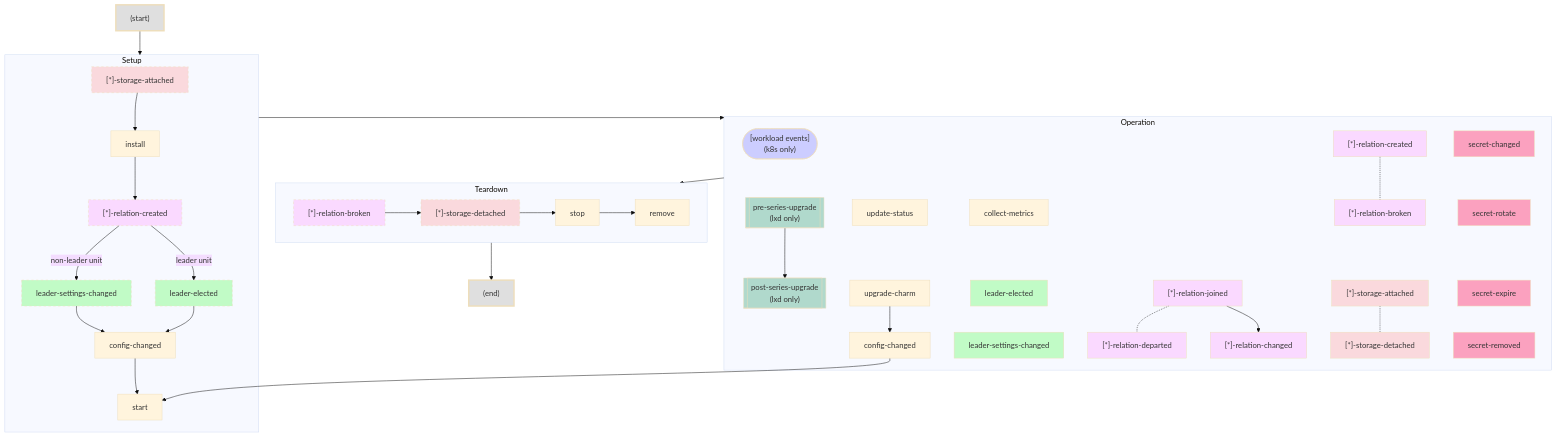
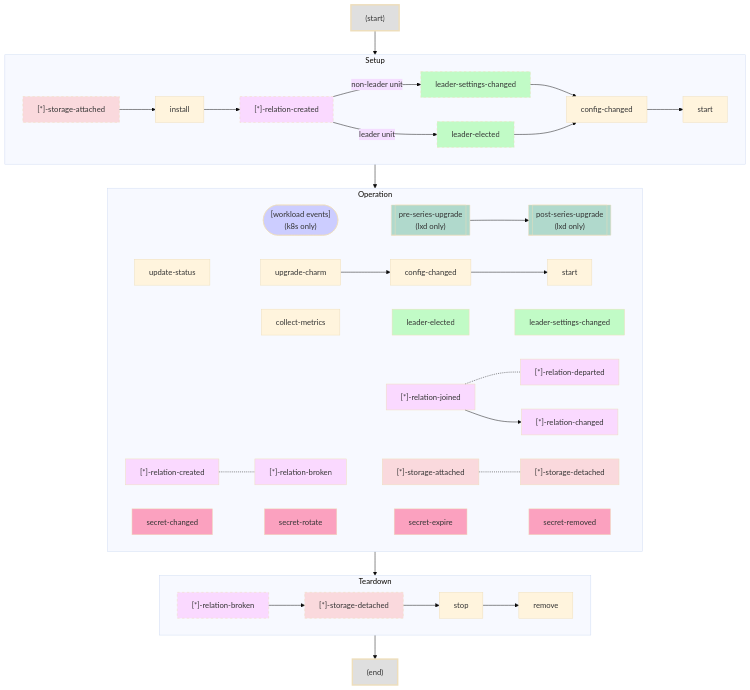
One commit to canonical/charm-events changed the first of 4 diagrams in README.md. Above: the diagram before and after it, drawn with Mermaid (base theme).

````diff
--- a/README.md
+++ b/README.md
@@ -17,67 +17,67 @@
 ```mermaid
 flowchart TD
     subgraph Setup
         storage_attached["[*]-storage-attached"]:::optStorageEvent --> install
         install --> relation_created["[*]-relation-created"]:::optRelationEvent
         relation_created --> |leader unit|leader_elected[leader-elected]:::optLeaderEvent
         relation_created --> |non-leader unit|leader_settings_changed[leader-settings-changed]:::optLeaderEvent
         leader_settings_changed --> config_changed[config-changed]
         leader_elected --> config_changed[config-changed]
         config_changed --> start
     end
 
     subgraph Operation
         workload_events_mant(["`[workload events] 
             (k8s only)`"]):::kubernetesEvent ~~~
         pre_series_upgrade_mant[["`pre-series-upgrade 
             (lxd only)`"]]:::lxdEvent --> 
         post_series_upgrade_mant[["`post-series-upgrade 
             (lxd only)`"]]:::lxdEvent
 
 
         update_status[update-status] ~~~
-        upgrade_charm[upgrade-charm] --> config_changed_mant[config-changed] --> start
+        upgrade_charm[upgrade-charm] --> config_changed_mant[config-changed] --> start_mant[start]
 
         collect_metrics[collect-metrics] ~~~
         leader_elected_mant[leader-elected]:::leaderEvent ~~~ 
         leader_settings_changed_mant[leader-settings-changed]:::leaderEvent
 
         relation_joined_mant["[*]-relation-joined"]:::relationEvent -.- relation_departed_mant["[*]-relation-departed"]:::relationEvent
         relation_joined_mant --> relation_changed_mant["[*]-relation-changed"]:::relationEvent 
 
         relation_created_mant["[*]-relation-created"]:::relationEvent -.- relation_broken_mant["[*]-relation-broken"]:::relationEvent ~~~
         storage_attached_mant["[*]-storage-attached"]:::storageEvent -.- storage_detached_mant["[*]-storage-detached"]:::storageEvent
         
         secret_changed["secret-changed"]:::secretEvent ~~~
         secret_rotate["secret-rotate"]:::secretEvent ~~~
         secret_expire["secret-expire"]:::secretEvent ~~~
         secret_removed["secret-removed"]:::secretEvent 
     end
     
     subgraph Teardown
         relation_broken_teard["[*]-relation-broken"]:::optRelationEvent -->
         storage_detached["[*]-storage-detached"]:::optStorageEvent -->
         stop -->
         remove
     end
     
     Start["(start)"]:::meta --> 
     Setup --> 
     Operation --> 
     Teardown --> 
     End["(end)"]:::meta
 
 classDef relationEvent fill:#f9f5;
 classDef secretEvent fill:#f588;
 classDef storageEvent fill:#f995;
 classDef leaderEvent fill:#5f55;
 classDef workloadEvent fill:#faa1,stroke-dasharray: 5 5;
 classDef meta fill:#1112,stroke-width:3px;
 
 classDef optRelationEvent fill:#f9f5,stroke-dasharray: 5 5;
 classDef optStorageEvent fill:#f995,stroke-dasharray: 5 5;
 classDef optLeaderEvent fill:#5f55,stroke-dasharray: 5 5;
 
 classDef kubernetesEvent fill:#77f5;
 classDef lxdEvent fill:#2965;
 ```
````
